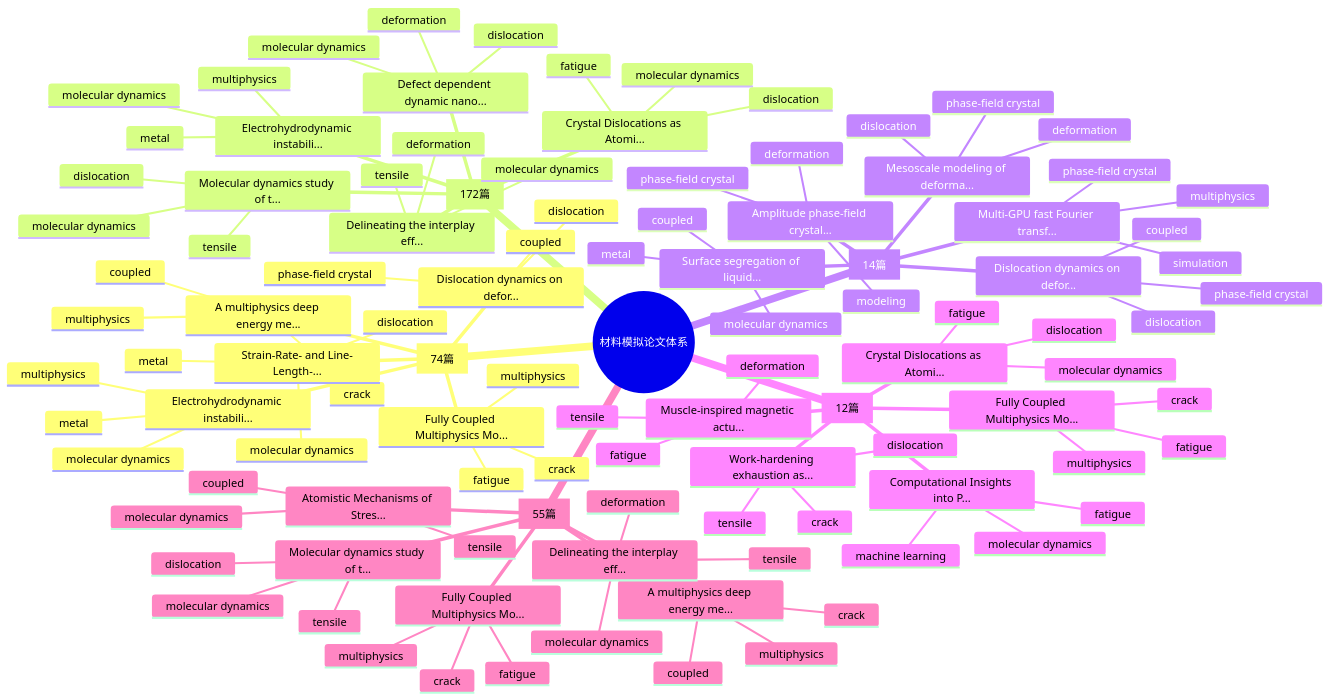
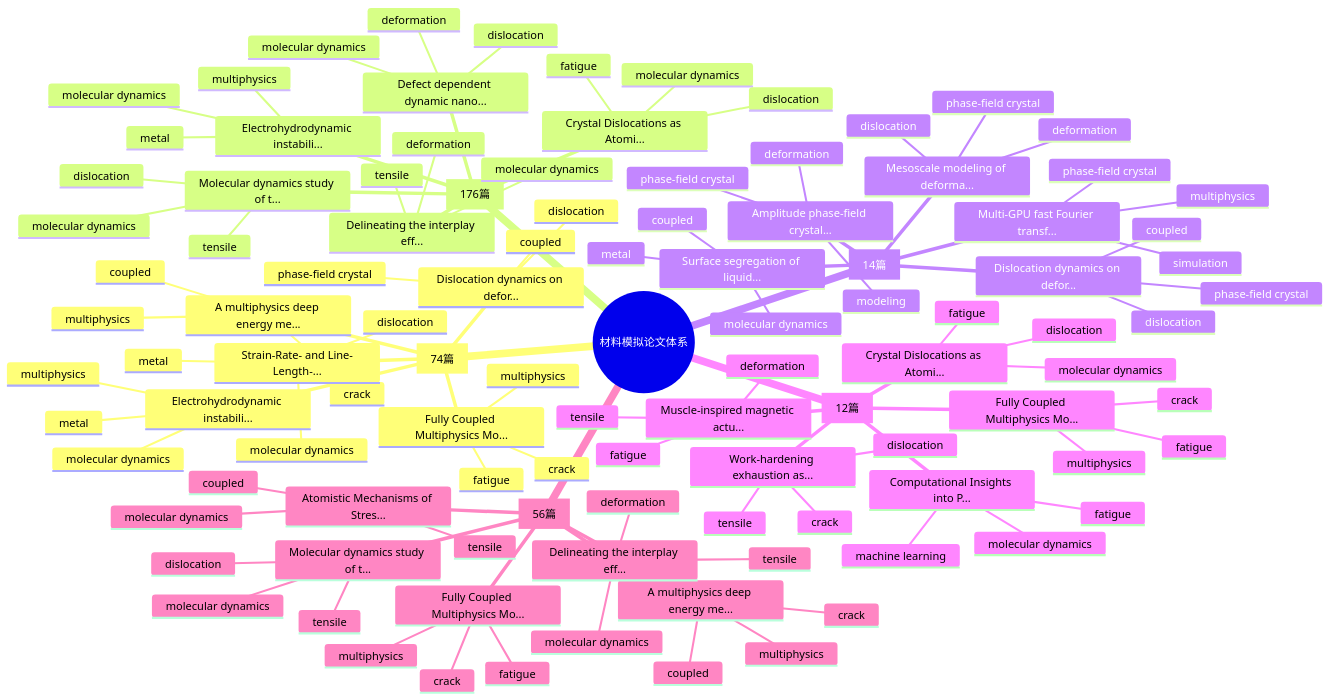
One commit to Shirakawa11111/BJK_readpaper changed the first of 2 diagrams in reports/knowledge_graph.md. Above: the diagram before and after it, drawn with Mermaid. The commit also changed other lines of this file and 11 other files, not shown here.

```diff
--- a/reports/knowledge_graph.md
+++ b/reports/knowledge_graph.md
@@ -28,7 +28,7 @@
         molecular dynamics
         dislocation
         metal
-    Molecular Dynamics [172篇]
+    Molecular Dynamics [176篇]
       Crystal Dislocations as Atomi...
         molecular dynamics
         fatigue
@@ -91,7 +91,7 @@
         fatigue
         tensile
         deformation
-    Tensile / Deformation Simulation [55篇]
+    Tensile / Deformation Simulation [56篇]
       Fully Coupled Multiphysics Mo...
         fatigue
         multiphysics
```
